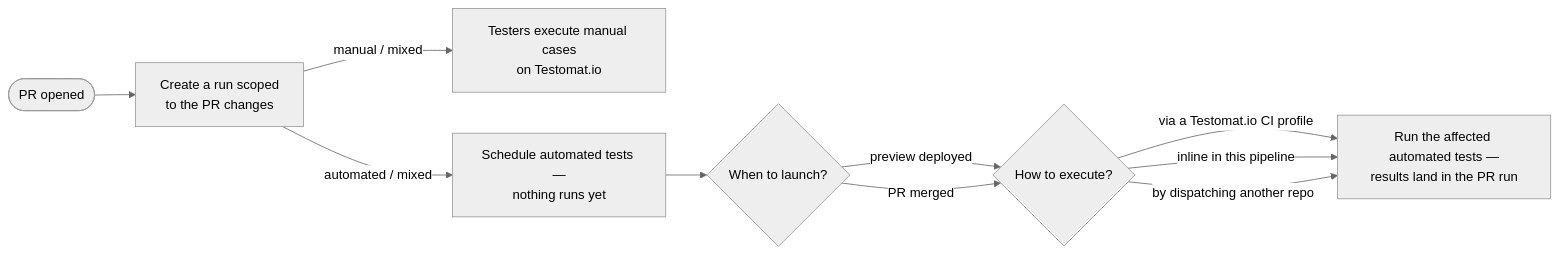
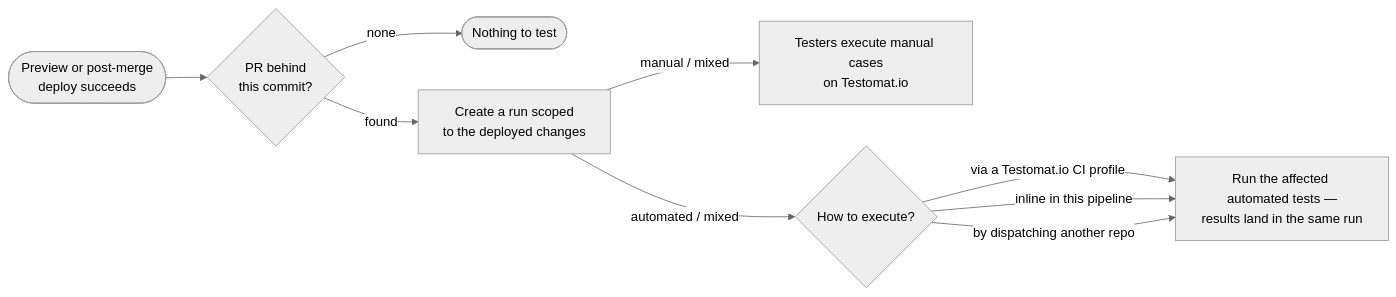
One commit to testomatio/skills changed the first of 2 diagrams in skills/setup-change-aware-pr-testing/SKILL.md. Above: the diagram before and after it, drawn with Mermaid (neutral theme). The commit also changed other lines of this file and 2 other files, not shown here.

First line of the commit message:
Single-stage PR testing: create the run after the deploy

````diff
--- a/skills/setup-change-aware-pr-testing/SKILL.md
+++ b/skills/setup-change-aware-pr-testing/SKILL.md
@@ -31,13 +33,12 @@
 ```mermaid
 flowchart LR
-    PR([PR opened]) --> RUN[Create a run scoped<br/>to the PR changes]
+    DEP([Preview or post-merge<br/>deploy succeeds]) --> WHICH{PR behind<br/>this commit?}
+    WHICH -->|none| SKIP([Nothing to test])
+    WHICH -->|found| RUN[Create a run scoped<br/>to the deployed changes]
     RUN -->|manual / mixed| TESTERS[Testers execute manual cases<br/>on Testomat.io]
-    RUN -->|automated / mixed| SCHED[Schedule automated tests —<br/>nothing runs yet]
-    SCHED --> TRIG{When to launch?}
-    TRIG -->|preview deployed| MODE{How to execute?}
-    TRIG -->|PR merged| MODE
+    RUN -->|automated / mixed| MODE{How to execute?}
     MODE -->|via a Testomat.io CI profile| RES
     MODE -->|inline in this pipeline| RES
     MODE -->|by dispatching another repo| RES
-    RES[Run the affected automated tests —<br/>results land in the PR run]
+    RES[Run the affected automated tests —<br/>results land in the same run]
 ```
````
